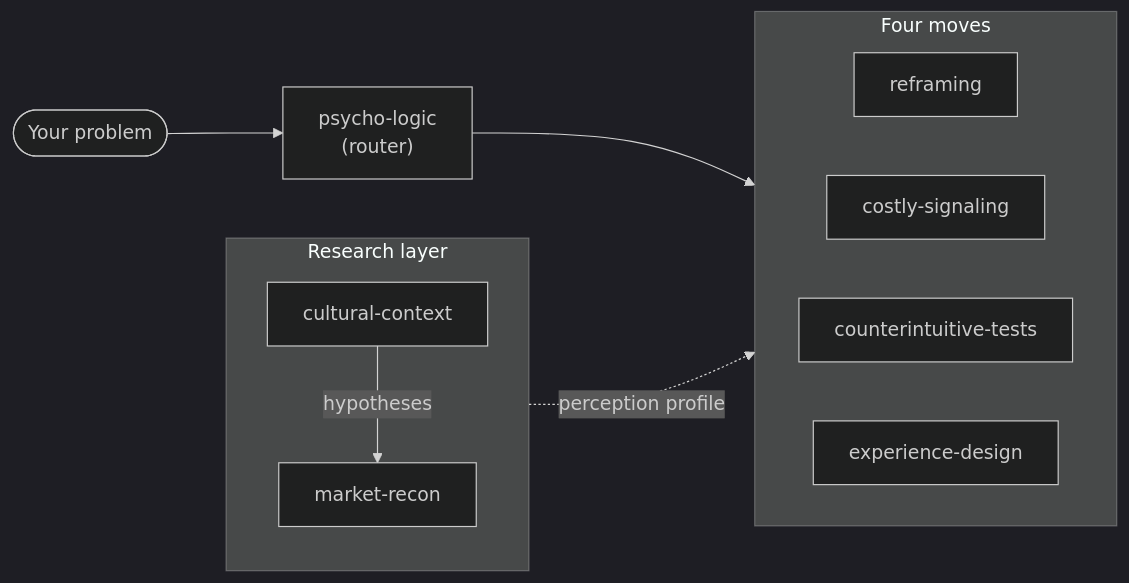
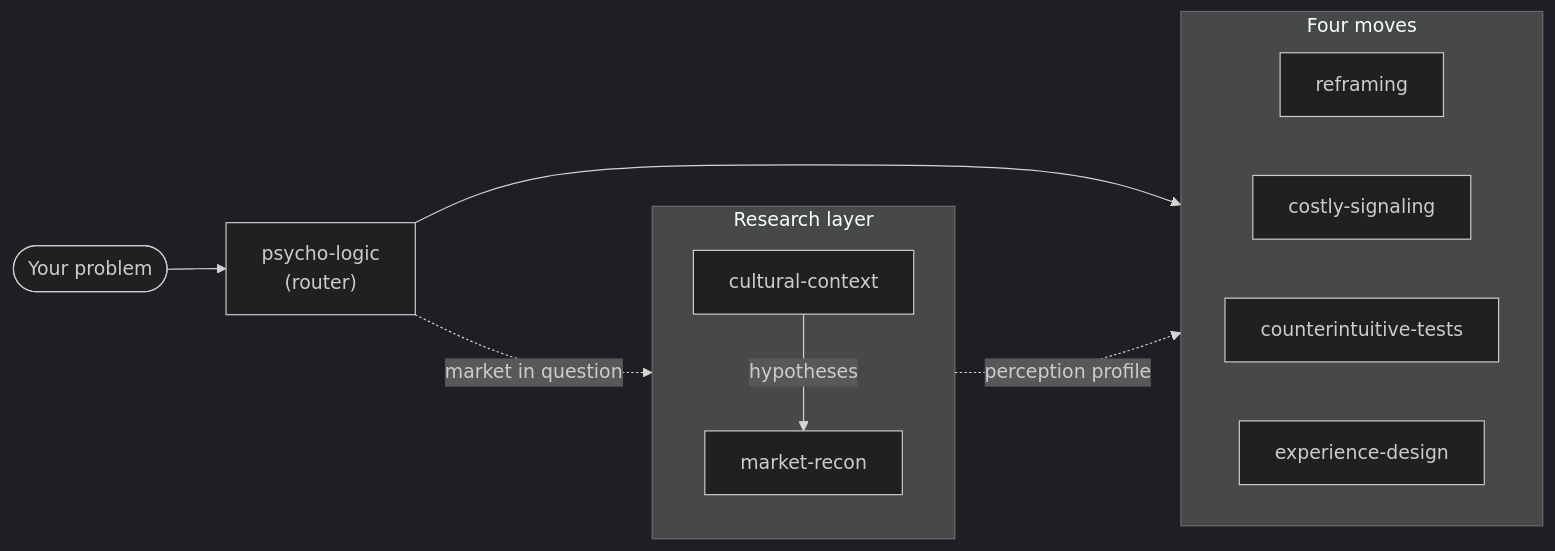
The diagram in README.md (meikocho1/alchemy-marketing-skills), drawn with Mermaid (dark theme) before and after one commit. The commit also changed other lines of this file and 21 other files, not shown here.

````diff
--- a/README.md
+++ b/README.md
@@ -24,17 +24,18 @@
 ```mermaid
 flowchart LR
     P([Your problem]) --> PL["psycho-logic<br/>(router)"]
     subgraph moves [Four moves]
         direction LR
         RF[reframing]
         CS[costly-signaling]
         CT[counterintuitive-tests]
         ED[experience-design]
     end
     subgraph research [Research layer]
         direction TB
         CC[cultural-context] -->|hypotheses| MR[market-recon]
     end
     PL --> moves
+    PL -.->|market in question| research
     research -.->|perception profile| moves
 ```
````
